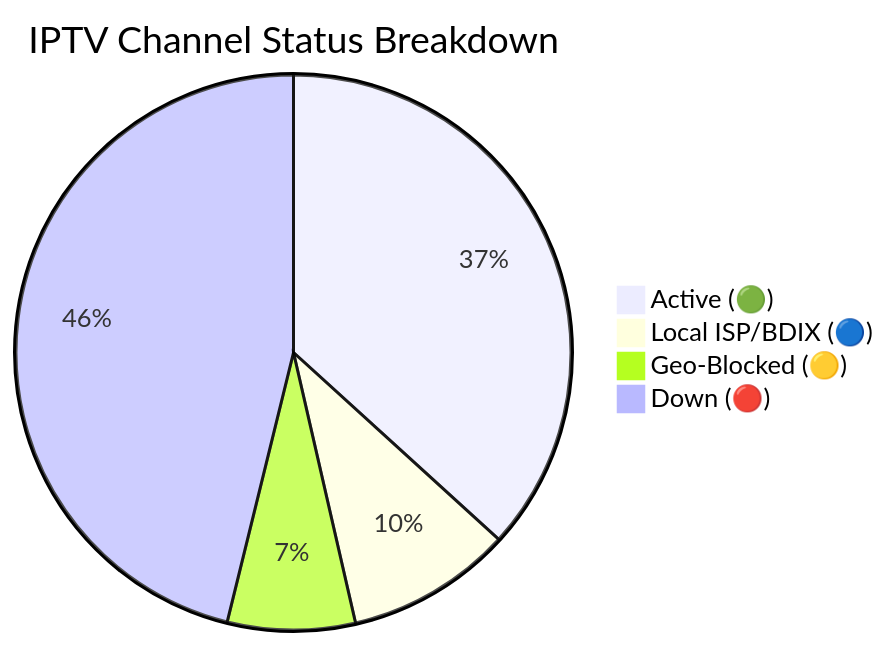
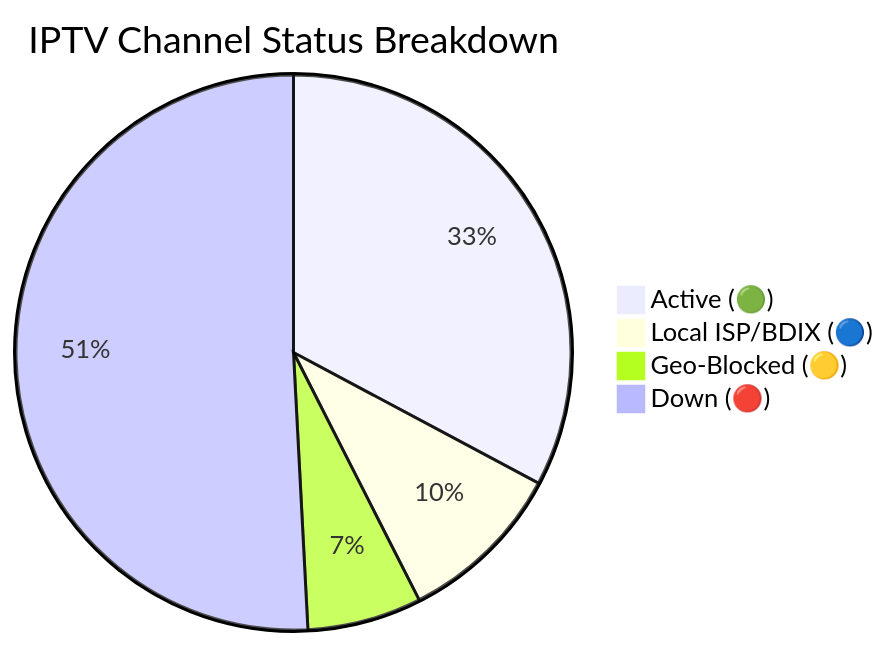
One commit to Zaman-Topu/Ip-tv-Collection changed the diagram in README.md. Above: the diagram before and after it, drawn with Mermaid. The commit also changed other lines of this file and 3 other files, not shown here.

````diff
--- a/README.md
+++ b/README.md
@@ -59,7 +59,7 @@
 ```mermaid
 pie title IPTV Channel Status Breakdown
-    "Active (🟢)" : 2918
-    "Local ISP/BDIX (🔵)" : 767
-    "Geo-Blocked (🟡)" : 590
-    "Down (🔴)" : 3665
+    "Active (🟢)" : 2594
+    "Local ISP/BDIX (🔵)" : 769
+    "Geo-Blocked (🟡)" : 526
+    "Down (🔴)" : 4020
 ```
````
